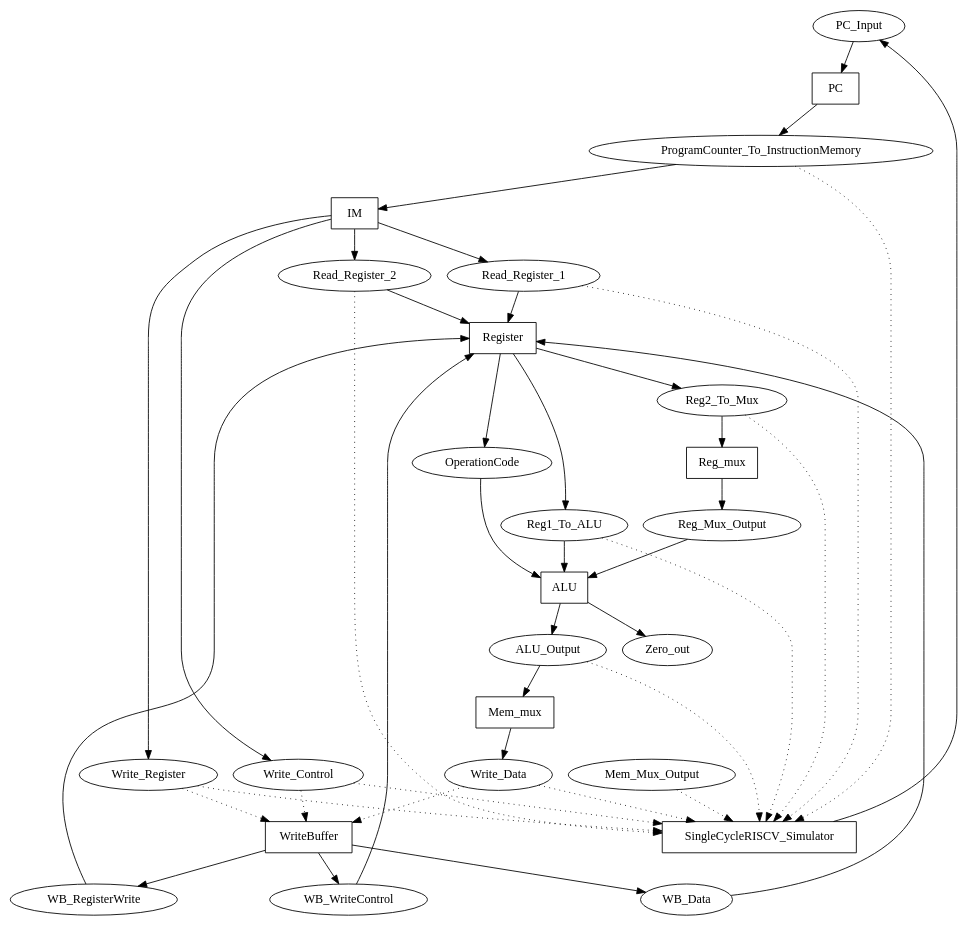
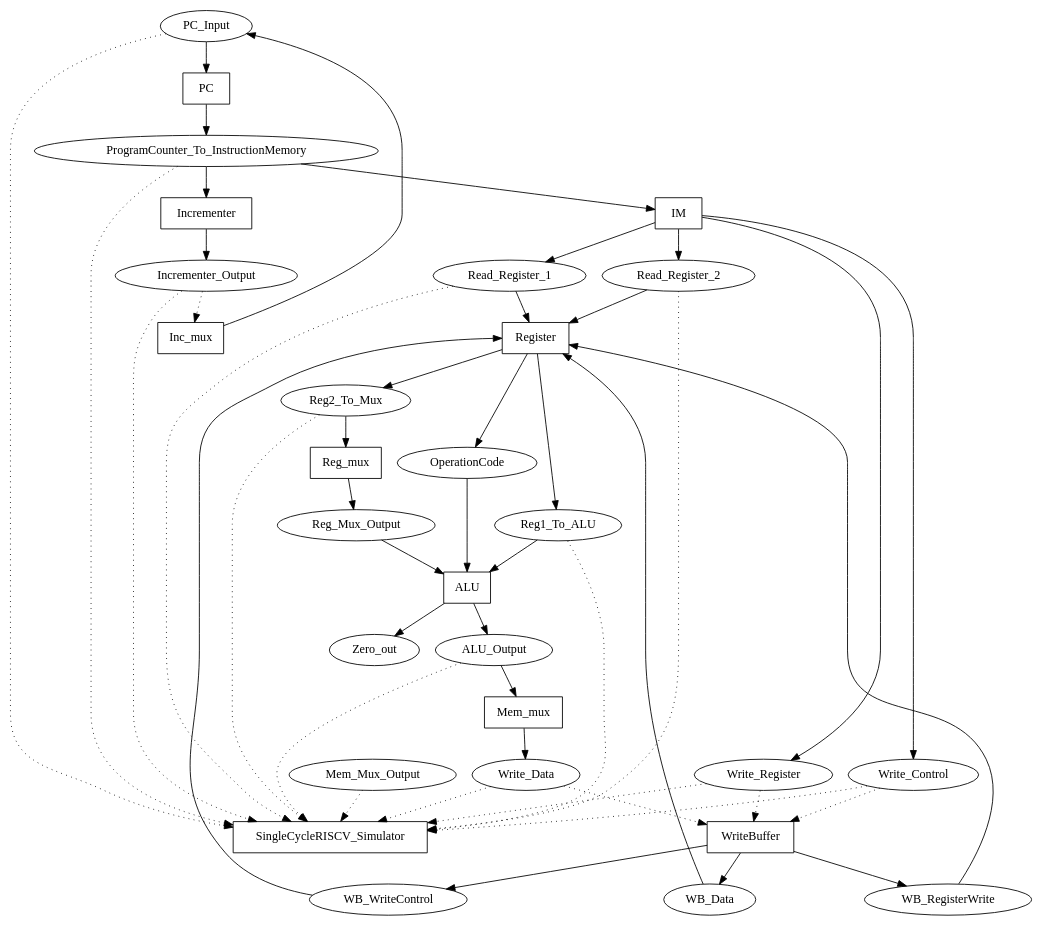
The diagram in SME_Implementations/SingleCycleRISCV/output/network.dot (DanielRamyar/Master_Thesis), drawn with Graphviz before and after one commit. The commit also changed 104 other files, not shown here.

```diff
--- a/SME_Implementations/SingleCycleRISCV/output/network.dot
+++ b/SME_Implementations/SingleCycleRISCV/output/network.dot
@@ -1,68 +1,76 @@
 digraph SingleCycleRISCV {
 "PC_Input" [shape=oval];
 "ProgramCounter_To_InstructionMemory" [shape=oval];
 "Read_Register_1" [shape=oval];
 "Read_Register_2" [shape=oval];
 "WB_Data" [shape=oval];
 "WB_RegisterWrite" [shape=oval];
 "WB_WriteControl" [shape=oval];
 "OperationCode" [shape=oval];
 "Reg1_To_ALU" [shape=oval];
 "Reg_Mux_Output" [shape=oval];
 "Reg2_To_Mux" [shape=oval];
 "ALU_Output" [shape=oval];
+"Incrementer_Output" [shape=oval];
 "Write_Register" [shape=oval];
 "Write_Control" [shape=oval];
 "Zero_out" [shape=oval];
 "Write_Data" [shape=oval];
 "Mem_Mux_Output" [shape=oval];
 "PC" [shape=box];
+"Incrementer" [shape=box];
 "IM" [shape=box];
 "Register" [shape=box];
 "ALU" [shape=box];
 "Reg_mux" [shape=box];
 "Mem_mux" [shape=box];
+"Inc_mux" [shape=box];
+"WriteBuffer" [shape=box];
 "SingleCycleRISCV_Simulator" [shape=box];
-"WriteBuffer" [shape=box];
 "PC_Input" -> "PC";
+"ProgramCounter_To_InstructionMemory" -> "Incrementer";
 "ProgramCounter_To_InstructionMemory" -> "IM";
 "Read_Register_1" -> "Register";
 "Read_Register_2" -> "Register";
 "WB_Data" -> "Register";
 "WB_RegisterWrite" -> "Register";
 "WB_WriteControl" -> "Register";
 "OperationCode" -> "ALU";
 "Reg1_To_ALU" -> "ALU";
 "Reg_Mux_Output" -> "ALU";
 "Reg2_To_Mux" -> "Reg_mux";
 "ALU_Output" -> "Mem_mux";
-"SingleCycleRISCV_Simulator" -> "PC_Input";
 "PC" -> "ProgramCounter_To_InstructionMemory";
+"Incrementer" -> "Incrementer_Output";
+"Inc_mux" -> "PC_Input";
 "IM" -> "Read_Register_1";
 "IM" -> "Read_Register_2";
 "IM" -> "Write_Register";
 "IM" -> "Write_Control";
 "Register" -> "Reg1_To_ALU";
 "Register" -> "Reg2_To_Mux";
 "Register" -> "OperationCode";
 "ALU" -> "ALU_Output";
 "ALU" -> "Zero_out";
 "Reg_mux" -> "Reg_Mux_Output";
 "Mem_mux" -> "Write_Data";
 "WriteBuffer" -> "WB_Data";
 "WriteBuffer" -> "WB_RegisterWrite";
 "WriteBuffer" -> "WB_WriteControl";
 "ProgramCounter_To_InstructionMemory" -> "SingleCycleRISCV_Simulator" [style=dotted];
+"PC_Input" -> "SingleCycleRISCV_Simulator" [style=dotted];
+"Incrementer_Output" -> "SingleCycleRISCV_Simulator" [style=dotted];
+"Incrementer_Output" -> "Inc_mux" [style=dotted];
 "Read_Register_1" -> "SingleCycleRISCV_Simulator" [style=dotted];
 "Read_Register_2" -> "SingleCycleRISCV_Simulator" [style=dotted];
 "Write_Register" -> "SingleCycleRISCV_Simulator" [style=dotted];
 "Write_Register" -> "WriteBuffer" [style=dotted];
 "Write_Data" -> "SingleCycleRISCV_Simulator" [style=dotted];
 "Write_Data" -> "WriteBuffer" [style=dotted];
 "Write_Control" -> "SingleCycleRISCV_Simulator" [style=dotted];
 "Write_Control" -> "WriteBuffer" [style=dotted];
 "Reg1_To_ALU" -> "SingleCycleRISCV_Simulator" [style=dotted];
 "Reg2_To_Mux" -> "SingleCycleRISCV_Simulator" [style=dotted];
 "ALU_Output" -> "SingleCycleRISCV_Simulator" [style=dotted];
 "Mem_Mux_Output" -> "SingleCycleRISCV_Simulator" [style=dotted];
 }
```
